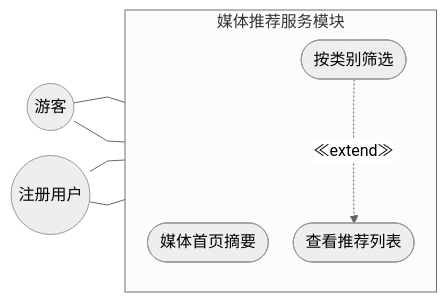
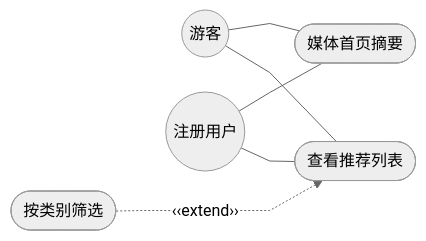
Before and after one commit to Wkjlovec/graduation_project_zhuang: the diagram in docs/diagrams/fig3-7-media-usecase.mmd, drawn with Mermaid. The commit also changed 13 other files, not shown here.

Commit message:
docs: 修正用例图标签为‹‹include/extend››, 去除subgraph改为扁平布局使线条更直

```diff
--- a/docs/diagrams/fig3-7-media-usecase.mmd
+++ b/docs/diagrams/fig3-7-media-usecase.mmd
@@ -1,17 +1,7 @@
-%%{init: {'theme': 'neutral', 'flowchart': {'curve': 'linear', 'rankSpacing': 35, 'nodeSpacing': 25}}}%%
+%%{init: {'theme': 'neutral', 'flowchart': {'curve': 'linear', 'rankSpacing': 50, 'nodeSpacing': 35}}}%%
 graph LR
-    Guest((游客))
-    User((注册用户))
-
-    subgraph 媒体推荐服务模块
-        direction TB
-        UC1([媒体首页摘要])
-        UC2([查看推荐列表])
-        UC3([按类别筛选])
-    end
-
-    Guest --- UC1
-    Guest --- UC2
-    User --- UC1
+    Guest((游客)) --- UC1([媒体首页摘要])
+    Guest --- UC2([查看推荐列表])
+    User((注册用户)) --- UC1
     User --- UC2
-    UC3 -..->|"≪extend≫"| UC2
+    UC3([按类别筛选]) -..->|"‹‹extend››"| UC2
```
